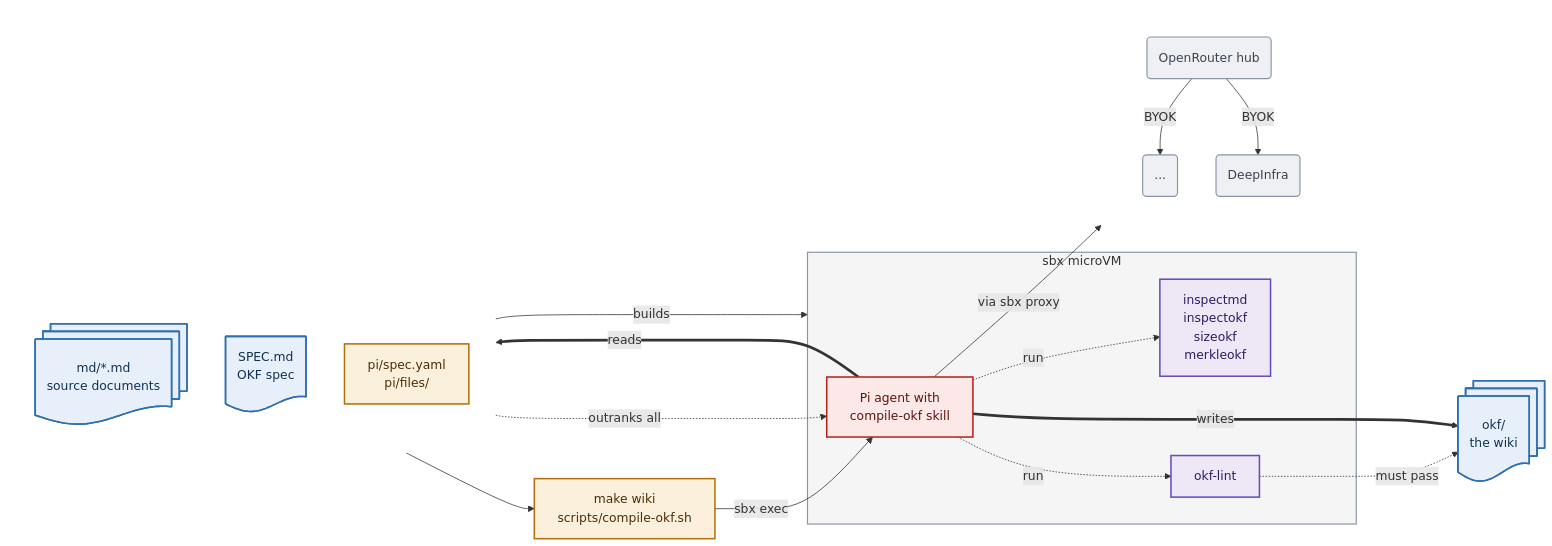
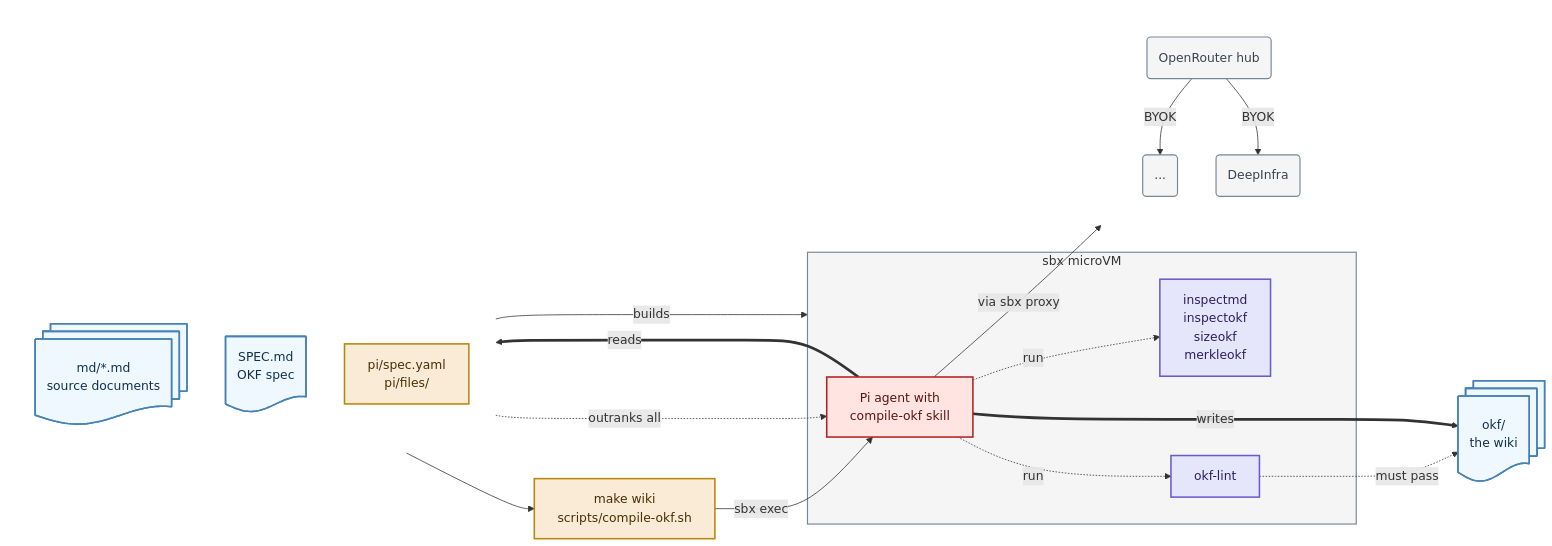
Before and after one commit to lars20070/md2okf: the diagram in README.md, drawn with Mermaid.

Commit message:
Simplify Mermaid diagram

````diff
--- a/README.md
+++ b/README.md
@@ -23,52 +23,49 @@
 ```mermaid
 flowchart LR
   subgraph IN[" "]
     direction TB
     MD@{ shape: docs, label: "md/*.md<br/>source documents"}
     SPEC@{ shape: doc, label: "SPEC.md<br/>OKF spec"}
     KIT["pi/spec.yaml<br/>pi/files/"]
   end
   DRV["make wiki<br/>scripts/compile-okf.sh"]
 
   subgraph VM["sbx microVM"]
     TOOLS["inspectmd<br/>inspectokf<br/>sizeokf<br/>merkleokf"]
     PI["Pi agent with<br/>compile-okf skill"]
     LINT["okf-lint"]
   end
 
   subgraph NETG[" "]
     direction TB
-    NET@{ shape: rounded, label: "OpenRouter hub"}
-    NET1@{ shape: rounded, label: "..."}
-    NET2@{ shape: rounded, label: "DeepInfra"}
+    NET("OpenRouter hub")
+    NET1("...")
+    NET2("DeepInfra")
   end
   OKF@{ shape: docs, label: "okf/<br/>the wiki"}
 
   MD --> DRV
   KIT -->|"builds"| VM
   DRV -->|"sbx exec"| PI
   SPEC -.->|"outranks all"| PI
-  PI -.->|"run"| TOOLS
-  PI -.->|"run"| LINT
+  PI -.->|"run"| TOOLS & LINT
   LINT -.->|"must pass"| OKF
   PI -->|"via sbx proxy"| NET
-  NET -->|"BYOK"| NET1
-  NET -->|"BYOK"| NET2
+  NET -->|"BYOK"| NET1 & NET2
   PI ==>|"writes"| OKF
   PI ==>|"reads"| MD
 
-  classDef data    fill:#E7F0FA,stroke:#2F6FAD,stroke-width:2px,color:#10314F
-  classDef dataout fill:#E6F4EA,stroke:#2E7D46,stroke-width:2px,color:#103A20
-  classDef host    fill:#FBF0DC,stroke:#B4700A,stroke-width:2px,color:#4A2E05
-  classDef agent   fill:#EDE7F6,stroke:#6A4BBC,stroke-width:2px,color:#2E1D63
-  classDef gate    fill:#FCE8E6,stroke:#B3261E,stroke-width:2px,color:#5A1710
-  classDef ext     fill:#EEF0F3,stroke:#8A94A6,stroke-width:1.5px,color:#3A4250
+  classDef data    fill:aliceblue,stroke:steelblue,stroke-width:2px,color:#10314F
+  classDef host    fill:antiquewhite,stroke:darkgoldenrod,stroke-width:2px,color:#4A2E05
+  classDef helper  fill:lavender,stroke:slateblue,stroke-width:2px,color:#2E1D63
+  classDef agent   fill:mistyrose,stroke:firebrick,stroke-width:2px,color:#5A1710
+  classDef ext     fill:whitesmoke,stroke:lightslategray,stroke-width:1.5px,color:#3A4250
   class MD,SPEC,OKF data
   class KIT,DRV host
-  class TOOLS,LINT agent
-  class PI gate
+  class TOOLS,LINT helper
+  class PI agent
   class NET,NET1,NET2 ext
-  style VM fill:whitesmoke,stroke:#8A94A6,stroke-width:1.5px
+  style VM fill:whitesmoke,stroke:lightslategray,stroke-width:1.5px
   style IN fill:none,stroke:none
   style NETG fill:none,stroke:none
 ```
````
